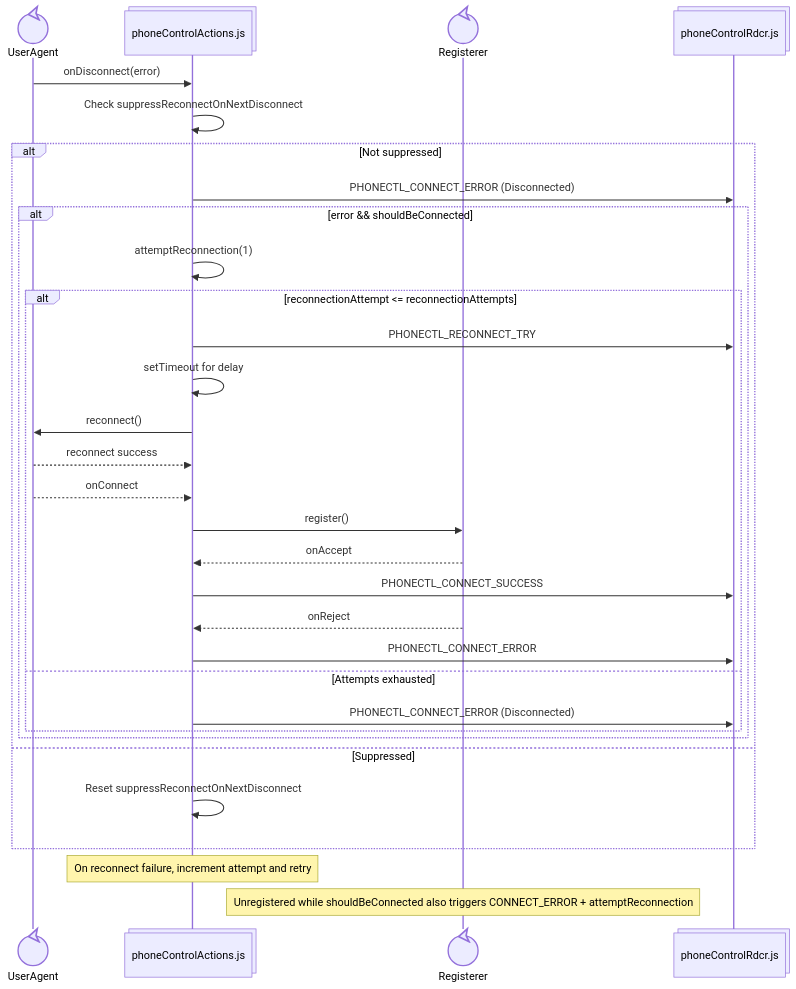
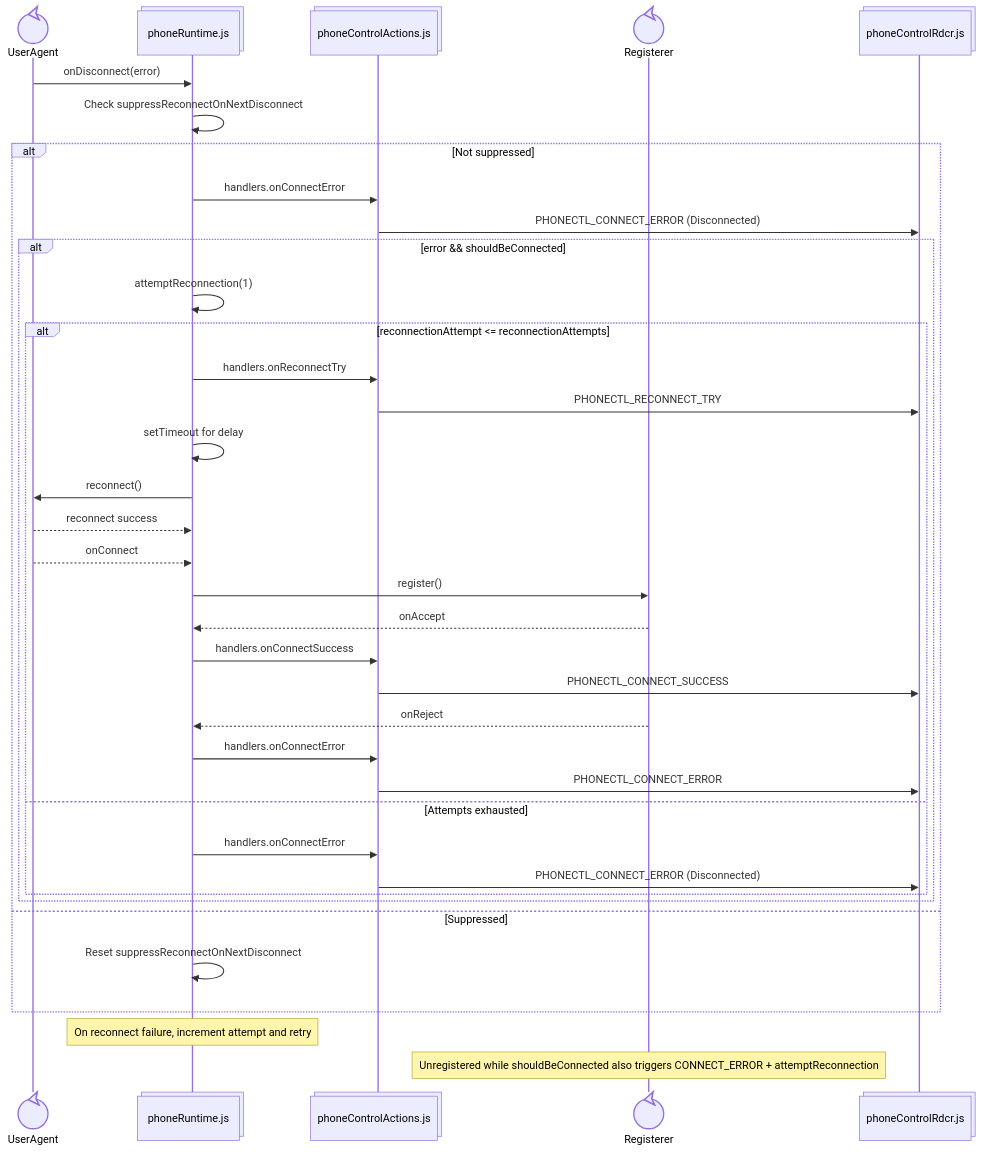
One commit to ars-anosov/sipjs-react changed the fourth of 8 diagrams in STATE.md. Above: the diagram before and after it, drawn with Mermaid. The commit also changed other lines of this file and 3 other files, not shown here.

````diff
--- a/STATE.md
+++ b/STATE.md
@@ -112,34 +126,40 @@
 ```mermaid
 sequenceDiagram
   participant UserAgent@{ "type" : "control" }
+  participant Runtime@{ "type" : "collections", "alias": "phoneRuntime.js" }
   participant Action@{ "type" : "collections", "alias": "phoneControlActions.js" }
   participant Registerer@{ "type" : "control" }
   participant Dispatch@{ "type" : "collections", "alias": "phoneControlRdcr.js" }
 
-  UserAgent->>Action: onDisconnect(error)
-  Action->>Action: Check suppressReconnectOnNextDisconnect
+  UserAgent->>Runtime: onDisconnect(error)
+  Runtime->>Runtime: Check suppressReconnectOnNextDisconnect
   alt Not suppressed
+    Runtime->>Action: handlers.onConnectError
     Action->>Dispatch: PHONECTL_CONNECT_ERROR (Disconnected)
     alt error && shouldBeConnected
-      Action->>Action: attemptReconnection(1)
+      Runtime->>Runtime: attemptReconnection(1)
       alt reconnectionAttempt <= reconnectionAttempts
+        Runtime->>Action: handlers.onReconnectTry
         Action->>Dispatch: PHONECTL_RECONNECT_TRY
-        Action->>Action: setTimeout for delay
-        Action->>UserAgent: reconnect()
-        UserAgent-->>Action: reconnect success
-        UserAgent-->>Action: onConnect
-        Action->>Registerer: register()
-        Registerer-->>Action: onAccept
+        Runtime->>Runtime: setTimeout for delay
+        Runtime->>UserAgent: reconnect()
+        UserAgent-->>Runtime: reconnect success
+        UserAgent-->>Runtime: onConnect
+        Runtime->>Registerer: register()
+        Registerer-->>Runtime: onAccept
+        Runtime->>Action: handlers.onConnectSuccess
         Action->>Dispatch: PHONECTL_CONNECT_SUCCESS
-        Registerer-->>Action: onReject
+        Registerer-->>Runtime: onReject
+        Runtime->>Action: handlers.onConnectError
         Action->>Dispatch: PHONECTL_CONNECT_ERROR
       else Attempts exhausted
+        Runtime->>Action: handlers.onConnectError
         Action->>Dispatch: PHONECTL_CONNECT_ERROR (Disconnected)
       end
     end
   else Suppressed
-    Action->>Action: Reset suppressReconnectOnNextDisconnect
+    Runtime->>Runtime: Reset suppressReconnectOnNextDisconnect
   end
-  Note over Action: On reconnect failure, increment attempt and retry
+  Note over Runtime: On reconnect failure, increment attempt and retry
   Note over Registerer: Unregistered while shouldBeConnected also triggers CONNECT_ERROR + attemptReconnection
 ```
````
